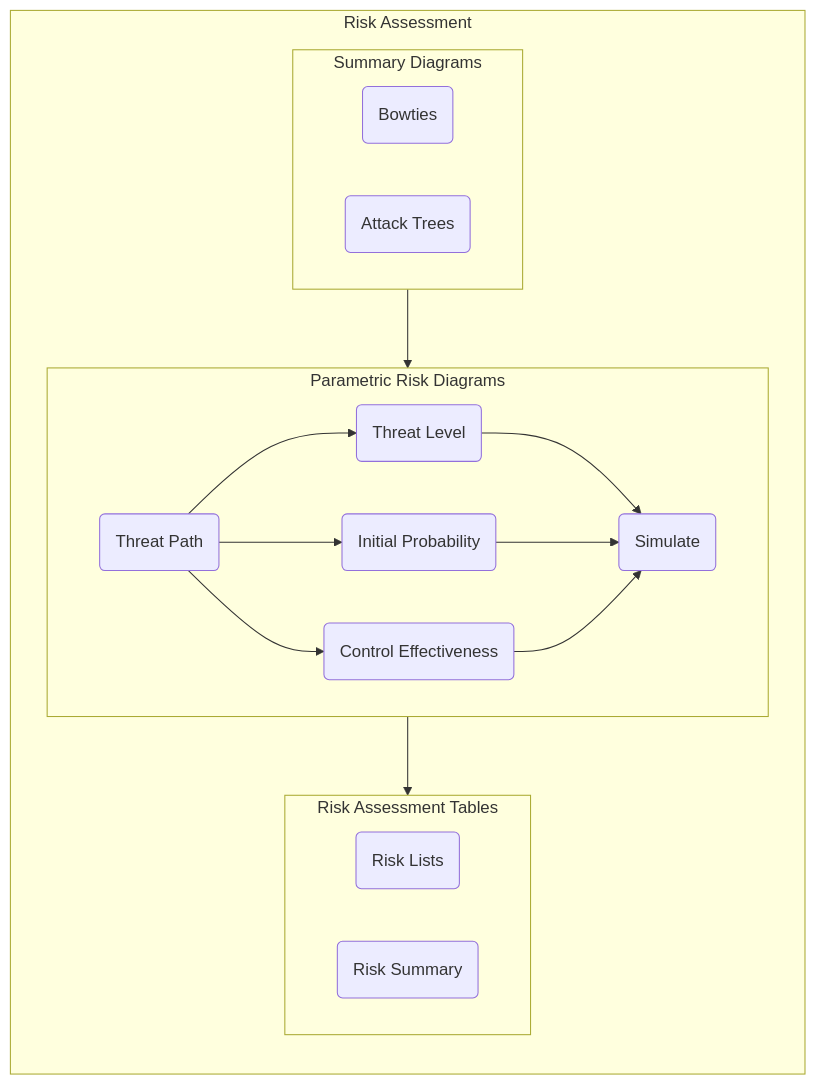
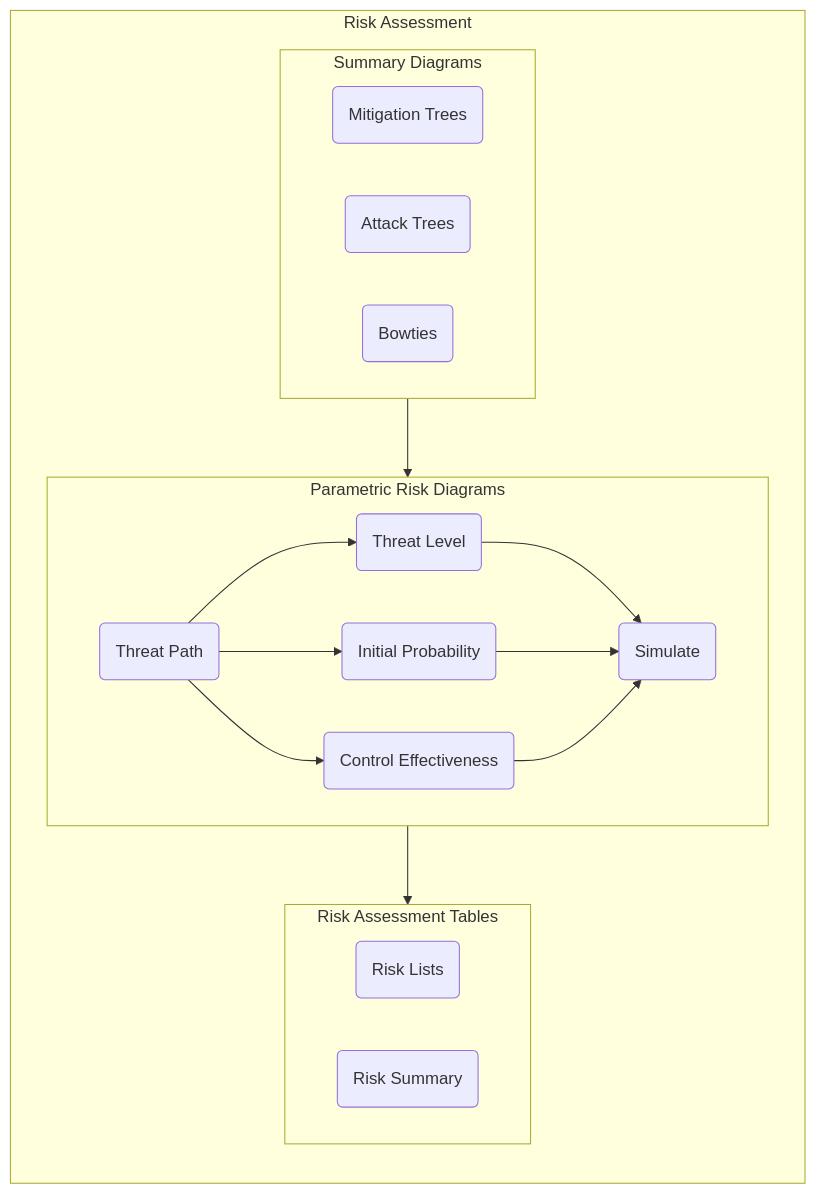
The fourth of 4 diagrams in README.md (stuartfowler/CEMT), drawn with Mermaid before and after one commit. The commit also changed other lines of this file and 7 other files, not shown here.

````diff
--- a/README.md
+++ b/README.md
@@ -214,32 +196,21 @@
 ```mermaid
 flowchart TB
   subgraph RA["Risk Assessment"]
     direction TB
     subgraph 6["Summary Diagrams"]
+      6c("Mitigation Trees")
+      6b("Attack Trees")
       6a("Bowties")
-      6b("Attack Trees")
     end
     subgraph 7["Parametric Risk Diagrams"]
       7a("Threat Path") --> 7b("Threat Level") --> 7e("Simulate")
       7a --> 7c("Initial Probability") --> 7e
       7a --> 7d("Control Effectiveness") --> 7e
     end
     subgraph 8["Risk Assessment Tables"]
       8a("Risk Lists")
       8b("Risk Summary")
     end
     6 --> 7 --> 8
   end
-  
-  click 6a "https://github.com/stuartfowler/CEMT/blob/main/Documentation/risk.md#summary-diagrams" "Summary Diagrams"
-  click 6b "https://github.com/stuartfowler/CEMT/blob/main/Documentation/risk.md#summary-diagrams" "Summary Diagrams"
-
-  click 7a "https://github.com/stuartfowler/CEMT/blob/main/Documentation/risk.md#parametric-risk-diagrams" "Parametric Diagrams"
-  click 7b "https://github.com/stuartfowler/CEMT/blob/main/Documentation/risk.md#parametric-risk-diagrams" "Parametric Diagrams"
-  click 7c "https://github.com/stuartfowler/CEMT/blob/main/Documentation/risk.md#parametric-risk-diagrams" "Parametric Diagrams"
-  click 7d "https://github.com/stuartfowler/CEMT/blob/main/Documentation/risk.md#parametric-risk-diagrams" "Parametric Diagrams"
-  click 7e "https://github.com/stuartfowler/CEMT/blob/main/Documentation/risk.md#parametric-risk-diagrams" "Parametric Diagrams"
-
-  click 8a "https://github.com/stuartfowler/CEMT/blob/main/Documentation/risk.md#risk-assessment-tables" "Risk Table"
-  click 8b "https://github.com/stuartfowler/CEMT/blob/main/Documentation/risk.md#risk-assessment-tables" "Risk Table"
 ```
````
